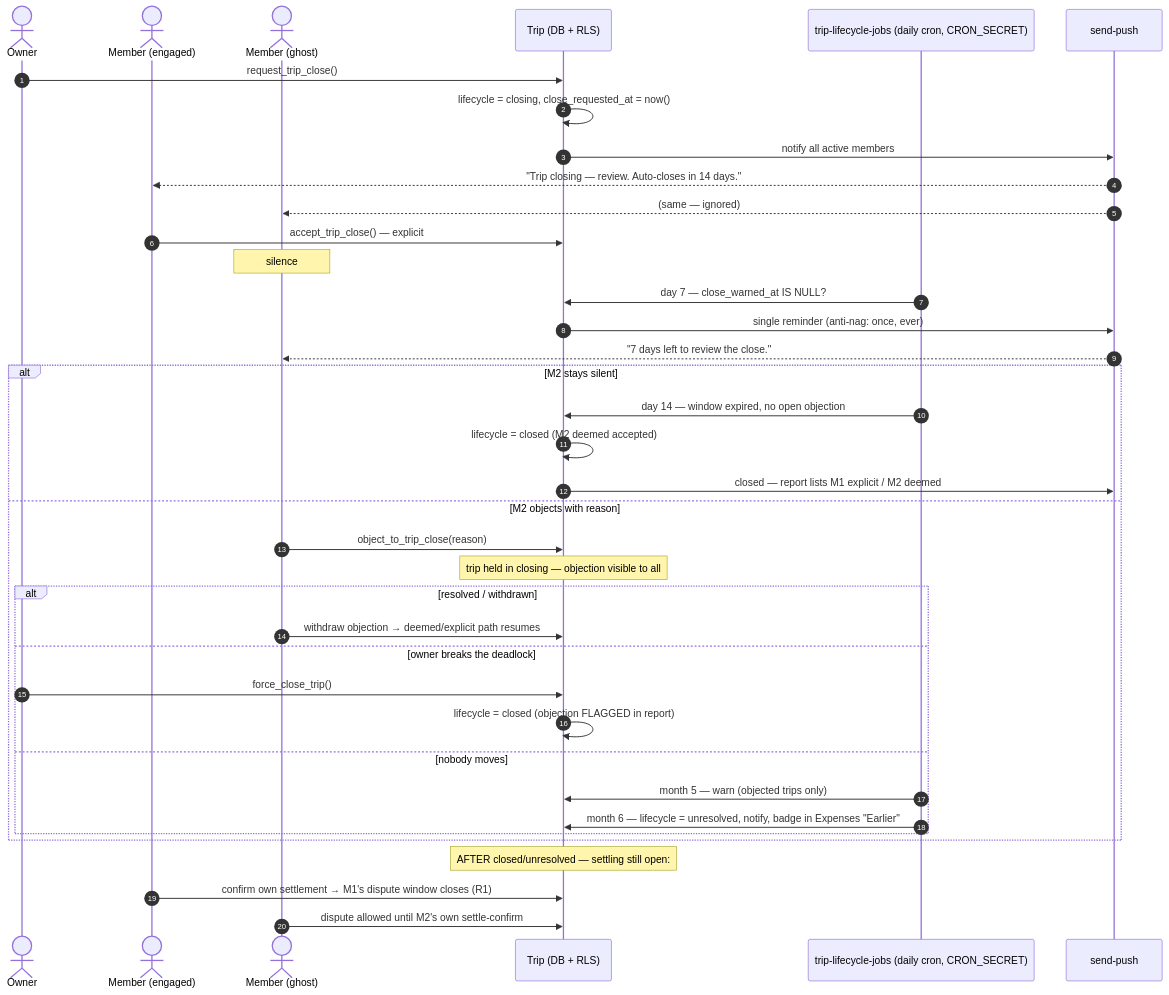
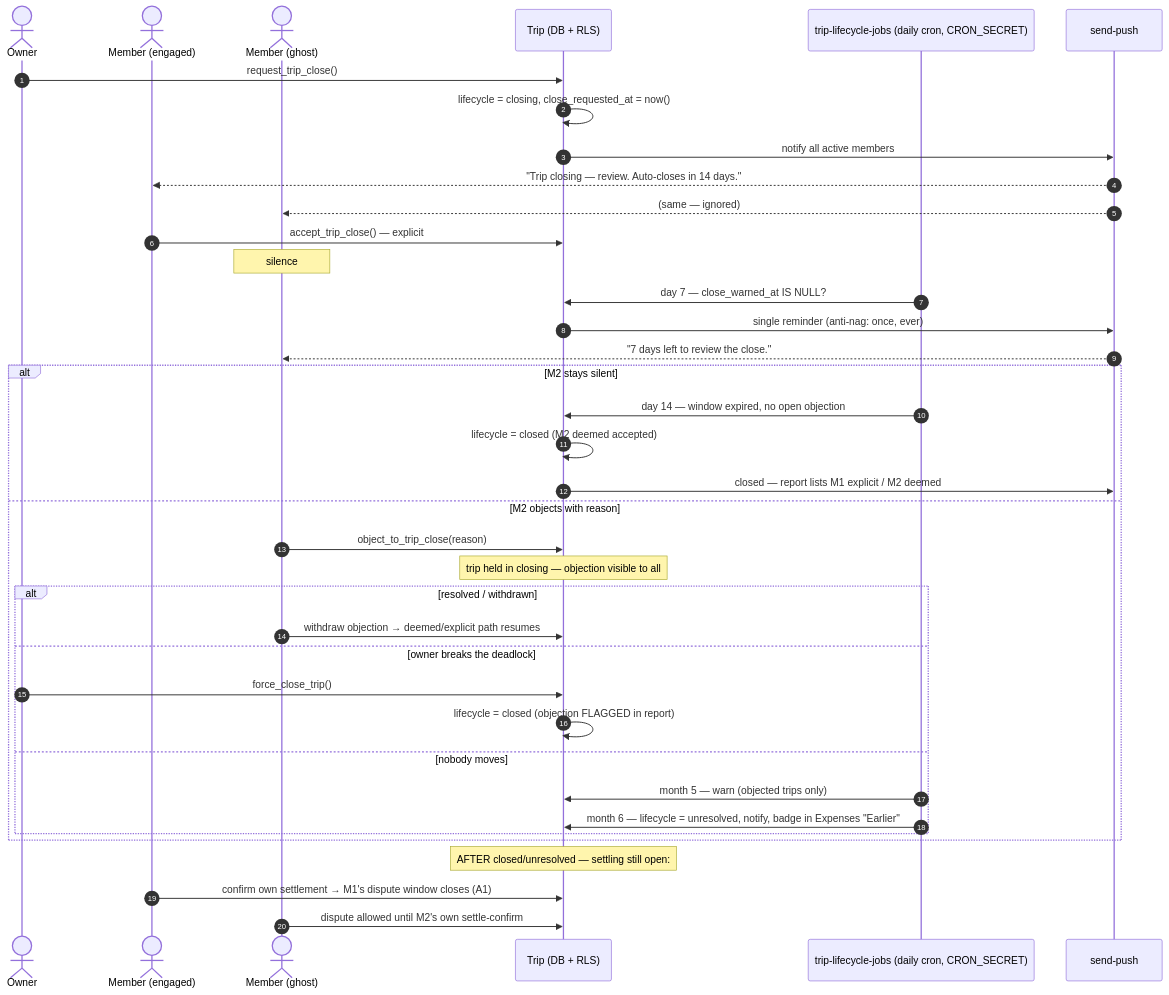
One commit to zoethos/vamo changed the second of 2 diagrams in docs/workflows/trip-closure.md. Above: the diagram before and after it, drawn with Mermaid. The commit also changed other lines of this file and 41 other files, not shown here.

````diff
--- a/docs/workflows/trip-closure.md
+++ b/docs/workflows/trip-closure.md
@@ -55,45 +55,45 @@
 ```mermaid
 sequenceDiagram
     autonumber
     actor O as Owner
     actor M1 as Member (engaged)
     actor M2 as Member (ghost)
     participant T as Trip (DB + RLS)
     participant J as trip-lifecycle-jobs (daily cron, CRON_SECRET)
     participant P as send-push
 
     O->>T: request_trip_close()
     T->>T: lifecycle = closing, close_requested_at = now()
     T->>P: notify all active members
     P-->>M1: "Trip closing — review. Auto-closes in 14 days."
     P-->>M2: (same — ignored)
 
     M1->>T: accept_trip_close()  — explicit
     Note over M2: silence
 
     J->>T: day 7 — close_warned_at IS NULL?
     T->>P: single reminder (anti-nag: once, ever)
     P-->>M2: "7 days left to review the close."
 
     alt M2 stays silent
         J->>T: day 14 — window expired, no open objection
         T->>T: lifecycle = closed (M2 deemed accepted)
         T->>P: closed — report lists M1 explicit / M2 deemed
     else M2 objects with reason
         M2->>T: object_to_trip_close(reason)
         Note over T: trip held in closing — objection visible to all
         alt resolved / withdrawn
             M2->>T: withdraw objection → deemed/explicit path resumes
         else owner breaks the deadlock
             O->>T: force_close_trip()
             T->>T: lifecycle = closed (objection FLAGGED in report)
         else nobody moves
             J->>T: month 5 — warn (objected trips only)
             J->>T: month 6 — lifecycle = unresolved, notify, badge in Expenses "Earlier"
         end
     end
 
     Note over T: AFTER closed/unresolved — settling still open:
-    M1->>T: confirm own settlement → M1's dispute window closes (R1)
+    M1->>T: confirm own settlement → M1's dispute window closes (A1)
     M2->>T: dispute allowed until M2's own settle-confirm
 ```
````
